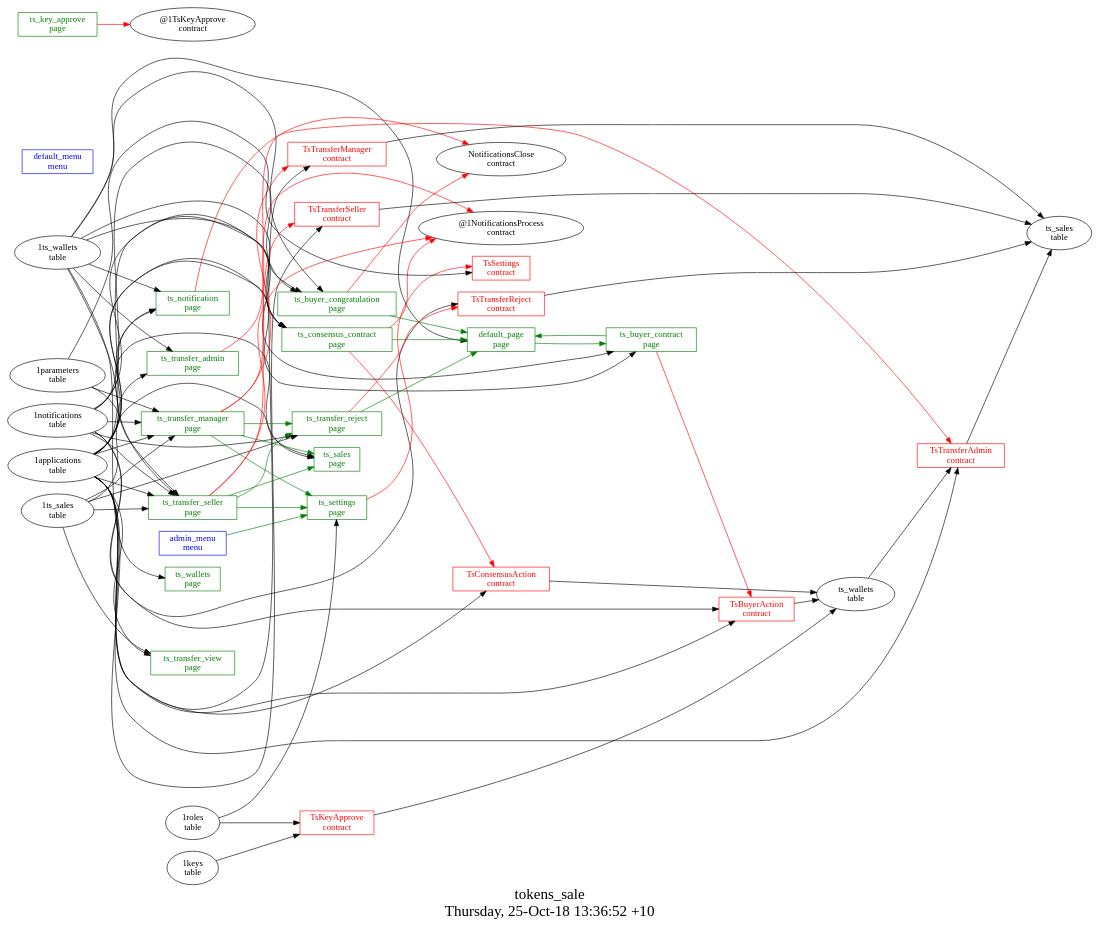
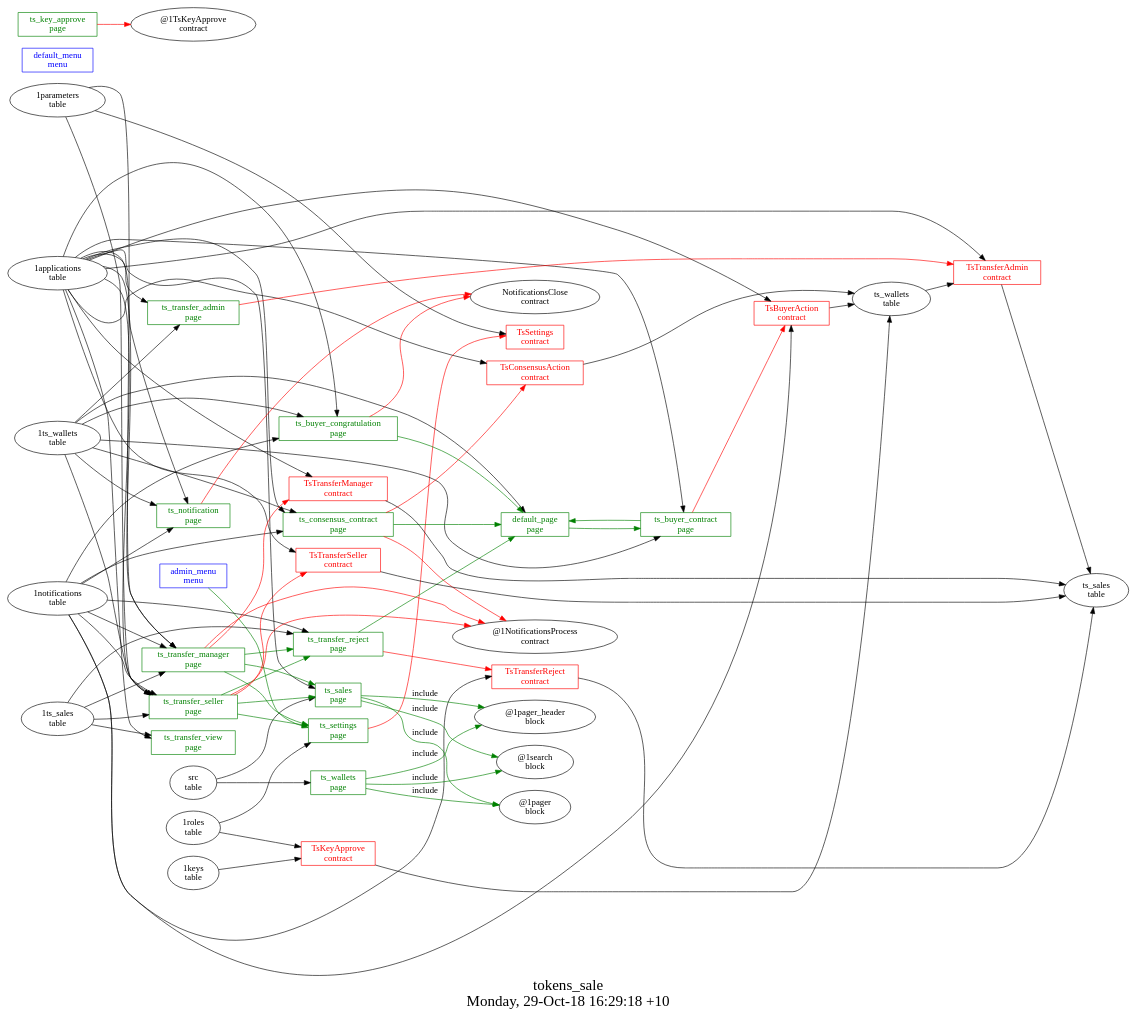
The diagram in other/tokens_sale/struct.dot (AplaProject/apps), drawn with Graphviz before and after one commit. The commit also changed 9 other files, not shown here.

```diff
--- a/other/tokens_sale/struct.dot
+++ b/other/tokens_sale/struct.dot
@@ -1,108 +1,114 @@
 digraph G {
 fontsize="24";
-label="tokens_sale\nThursday, 25-Oct-18 13:36:52 +10";
+label="tokens_sale\nMonday, 29-Oct-18 16:29:18 +10";
 nojustify=true;
 ordering=out;
 rankdir=LR;
 size="30";
 "admin_menu\nmenu" -> "ts_settings\npage"  [ color=green ]
 "admin_menu\nmenu" [color=blue, fontcolor=blue, group=menus, shape=record];
 "default_menu\nmenu" [color=blue, fontcolor=blue, group=menus, shape=record];
 "1ts_wallets\ntable" -> "default_page\npage"
 "default_page\npage" -> "ts_buyer_contract\npage"  [ color=green ]
 "default_page\npage" [color=green, fontcolor=green, group=pages, shape=record];
 "ts_buyer_congratulation\npage" -> "NotificationsClose\ncontract"  [ color=red ]
 "1applications\ntable" -> "ts_buyer_congratulation\npage"
 "1notifications\ntable" -> "ts_buyer_congratulation\npage"
 "1ts_wallets\ntable" -> "ts_buyer_congratulation\npage"
 "ts_buyer_congratulation\npage" -> "default_page\npage"  [ color=green ]
 "ts_buyer_congratulation\npage" [color=green, fontcolor=green, group=pages, shape=record];
 "ts_buyer_contract\npage" -> "TsBuyerAction\ncontract"  [ color=red ]
 "1applications\ntable" -> "ts_buyer_contract\npage"
 "1ts_wallets\ntable" -> "ts_buyer_contract\npage"
 "ts_buyer_contract\npage" -> "default_page\npage"  [ color=green ]
 "ts_buyer_contract\npage" [color=green, fontcolor=green, group=pages, shape=record];
 "ts_consensus_contract\npage" -> "TsConsensusAction\ncontract"  [ color=red ]
 "ts_consensus_contract\npage" -> "@1NotificationsProcess\ncontract"  [ color=red ]
 "1applications\ntable" -> "ts_consensus_contract\npage"
 "1notifications\ntable" -> "ts_consensus_contract\npage"
 "1ts_wallets\ntable" -> "ts_consensus_contract\npage"
 "ts_consensus_contract\npage" -> "default_page\npage"  [ color=green ]
 "ts_consensus_contract\npage" [color=green, fontcolor=green, group=pages, shape=record];
 "ts_key_approve\npage" -> "@1TsKeyApprove\ncontract"  [ color=red ]
 "ts_key_approve\npage" [color=green, fontcolor=green, group=pages, shape=record];
 "ts_notification\npage" -> "NotificationsClose\ncontract"  [ color=red ]
 "1applications\ntable" -> "ts_notification\npage"
 "1notifications\ntable" -> "ts_notification\npage"
 "1ts_wallets\ntable" -> "ts_notification\npage"
 "ts_notification\npage" [color=green, fontcolor=green, group=pages, shape=record];
 "1applications\ntable" -> "ts_sales\npage"
-"1ts_sales\ntable" -> "ts_sales\npage"
+"src\ntable" -> "ts_sales\npage"
+"ts_sales\npage" -> "@1pager_header\nblock"  [ color=green, label=include ]
+"ts_sales\npage" -> "@1search\nblock"  [ color=green, label=include ]
+"ts_sales\npage" -> "@1pager\nblock"  [ color=green, label=include ]
 "ts_sales\npage" [color=green, fontcolor=green, group=pages, shape=record];
 "ts_settings\npage" -> "TsSettings\ncontract"  [ color=red ]
 "1roles\ntable" -> "ts_settings\npage"
 "ts_settings\npage" [color=green, fontcolor=green, group=pages, shape=record];
 "ts_transfer_admin\npage" -> "TsTransferAdmin\ncontract"  [ color=red ]
 "1applications\ntable" -> "ts_transfer_admin\npage"
 "1ts_wallets\ntable" -> "ts_transfer_admin\npage"
 "ts_transfer_admin\npage" [color=green, fontcolor=green, group=pages, shape=record];
 "ts_transfer_manager\npage" -> "TsTransferManager\ncontract"  [ color=red ]
 "ts_transfer_manager\npage" -> "@1NotificationsProcess\ncontract"  [ color=red ]
 "1applications\ntable" -> "ts_transfer_manager\npage"
 "1notifications\ntable" -> "ts_transfer_manager\npage"
 "1ts_sales\ntable" -> "ts_transfer_manager\npage"
 "1parameters\ntable" -> "ts_transfer_manager\npage"
 "ts_transfer_manager\npage" -> "ts_transfer_reject\npage"  [ color=green ]
 "ts_transfer_manager\npage" -> "ts_sales\npage"  [ color=green ]
 "ts_transfer_manager\npage" -> "ts_settings\npage"  [ color=green ]
 "ts_transfer_manager\npage" [color=green, fontcolor=green, group=pages, shape=record];
 "ts_transfer_reject\npage" -> "TsTransferReject\ncontract"  [ color=red ]
 "1notifications\ntable" -> "ts_transfer_reject\npage"
 "1ts_sales\ntable" -> "ts_transfer_reject\npage"
 "ts_transfer_reject\npage" -> "default_page\npage"  [ color=green ]
 "ts_transfer_reject\npage" [color=green, fontcolor=green, group=pages, shape=record];
 "ts_transfer_seller\npage" -> "TsTransferSeller\ncontract"  [ color=red ]
 "ts_transfer_seller\npage" -> "@1NotificationsProcess\ncontract"  [ color=red ]
 "1applications\ntable" -> "ts_transfer_seller\npage"
 "1notifications\ntable" -> "ts_transfer_seller\npage"
 "1ts_sales\ntable" -> "ts_transfer_seller\npage"
 "1ts_wallets\ntable" -> "ts_transfer_seller\npage"
 "1parameters\ntable" -> "ts_transfer_seller\npage"
 "ts_transfer_seller\npage" -> "ts_transfer_reject\npage"  [ color=green ]
 "ts_transfer_seller\npage" -> "ts_sales\npage"  [ color=green ]
 "ts_transfer_seller\npage" -> "ts_settings\npage"  [ color=green ]
 "ts_transfer_seller\npage" [color=green, fontcolor=green, group=pages, shape=record];
 "1applications\ntable" -> "ts_transfer_view\npage"
 "1ts_sales\ntable" -> "ts_transfer_view\npage"
 "ts_transfer_view\npage" [color=green, fontcolor=green, group=pages, shape=record];
-"1ts_wallets\ntable" -> "ts_wallets\npage"
+"src\ntable" -> "ts_wallets\npage"
+"ts_wallets\npage" -> "@1pager_header\nblock"  [ color=green, label=include ]
+"ts_wallets\npage" -> "@1search\nblock"  [ color=green, label=include ]
+"ts_wallets\npage" -> "@1pager\nblock"  [ color=green, label=include ]
 "ts_wallets\npage" [color=green, fontcolor=green, group=pages, shape=record];
 "TsBuyerAction\ncontract" -> "ts_wallets\ntable"  [ color="" ]
 "1applications\ntable" -> "TsBuyerAction\ncontract"
 "1notifications\ntable" -> "TsBuyerAction\ncontract"
 "TsBuyerAction\ncontract" [color=red, fontcolor=red, group=contracts, shape=record];
 "TsConsensusAction\ncontract" -> "ts_wallets\ntable"  [ color="" ]
 "1applications\ntable" -> "TsConsensusAction\ncontract"
 "TsConsensusAction\ncontract" [color=red, fontcolor=red, group=contracts, shape=record];
 "TsKeyApprove\ncontract" -> "ts_wallets\ntable"  [ color="" ]
 "1keys\ntable" -> "TsKeyApprove\ncontract"
 "1roles\ntable" -> "TsKeyApprove\ncontract"
 "TsKeyApprove\ncontract" [color=red, fontcolor=red, group=contracts, shape=record];
 "1parameters\ntable" -> "TsSettings\ncontract"
 "TsSettings\ncontract" [color=red, fontcolor=red, group=contracts, shape=record];
 "TsTransferAdmin\ncontract" -> "ts_sales\ntable"  [ color="" ]
 "1applications\ntable" -> "TsTransferAdmin\ncontract"
 "ts_wallets\ntable" -> "TsTransferAdmin\ncontract"
 "TsTransferAdmin\ncontract" [color=red, fontcolor=red, group=contracts, shape=record];
 "TsTransferManager\ncontract" -> "ts_sales\ntable"  [ color="" ]
 "1applications\ntable" -> "TsTransferManager\ncontract"
 "TsTransferManager\ncontract" [color=red, fontcolor=red, group=contracts, shape=record];
 "TsTransferReject\ncontract" -> "ts_sales\ntable"  [ color="" ]
 "1notifications\ntable" -> "TsTransferReject\ncontract"
 "TsTransferReject\ncontract" [color=red, fontcolor=red, group=contracts, shape=record];
 "TsTransferSeller\ncontract" -> "ts_sales\ntable"  [ color="" ]
 "1applications\ntable" -> "TsTransferSeller\ncontract"
 "TsTransferSeller\ncontract" [color=red, fontcolor=red, group=contracts, shape=record];
 "ts_sales\ntable" [color="", fontcolor="", group=tables, shape=""];
 "ts_wallets\ntable" [color="", fontcolor="", group=tables, shape=""];
 }
```
